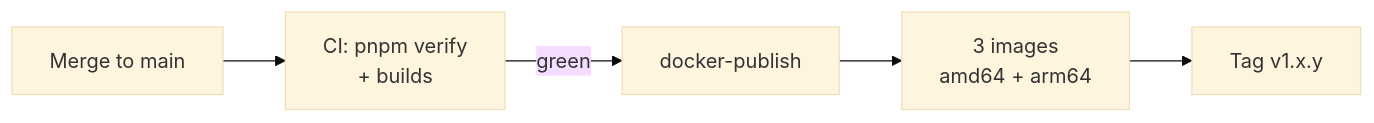
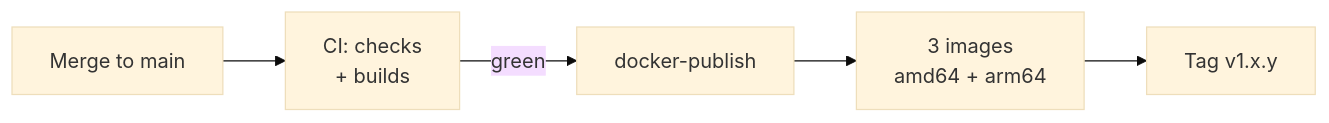
One commit to Ketbome/minepanel changed the second of 2 diagrams in doc/development.md. Above: the diagram before and after it, drawn with Mermaid (base theme). The commit also changed other lines of this file and 7 other files, not shown here.

Commit message:
docs: address review on the admin reset SQL, token lifetime, CI wording, imports and diagrams

````diff
--- a/doc/development.md
+++ b/doc/development.md
@@ -252,7 +253,7 @@
 ```mermaid
 flowchart LR
-    M["Merge to main"] --> CI["CI: pnpm verify<br/>+ builds"]
+    M["Merge to main"] --> CI["CI: checks<br/>+ builds"]
     CI -->|"green"| P["docker-publish"]
     P --> I["3 images<br/>amd64 + arm64"]
     I --> T["Tag v1.x.y"]
 ```
````
